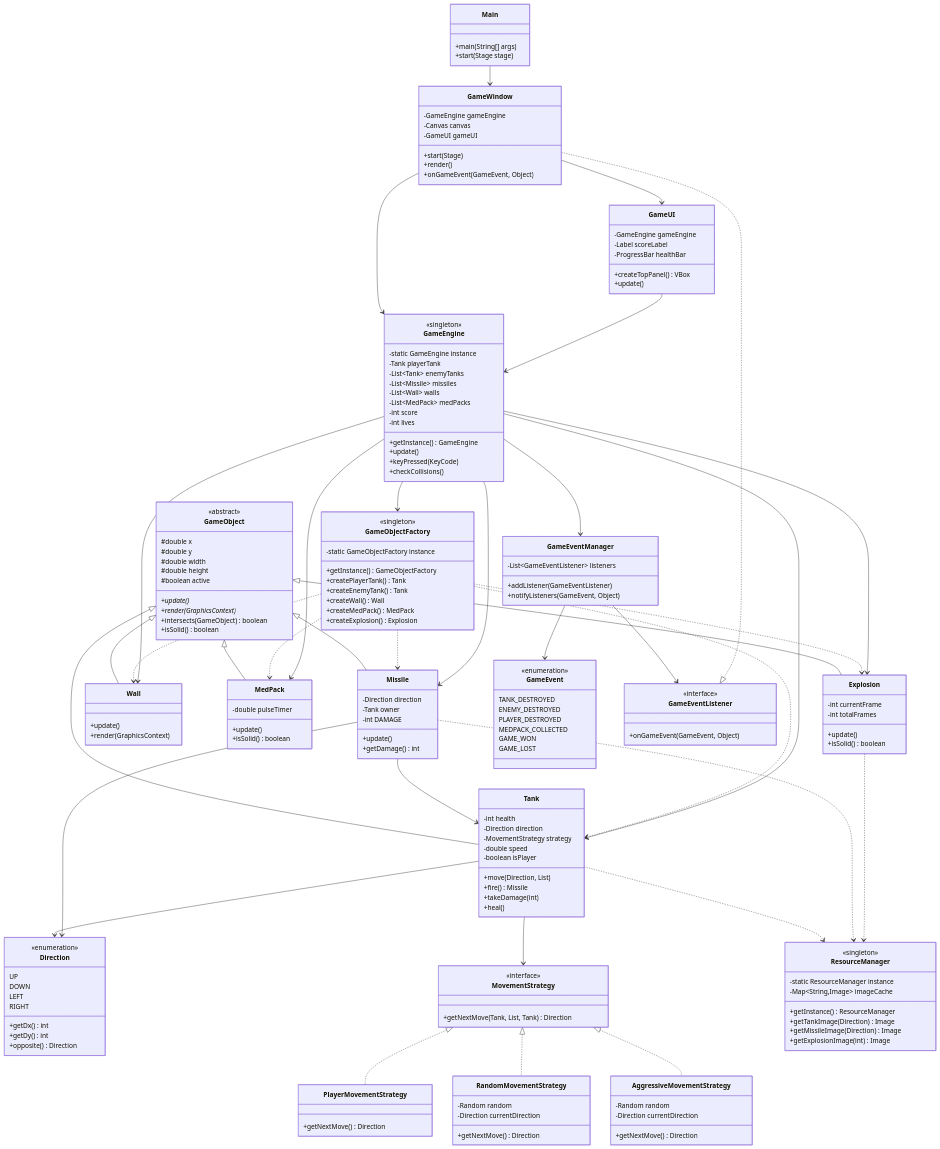
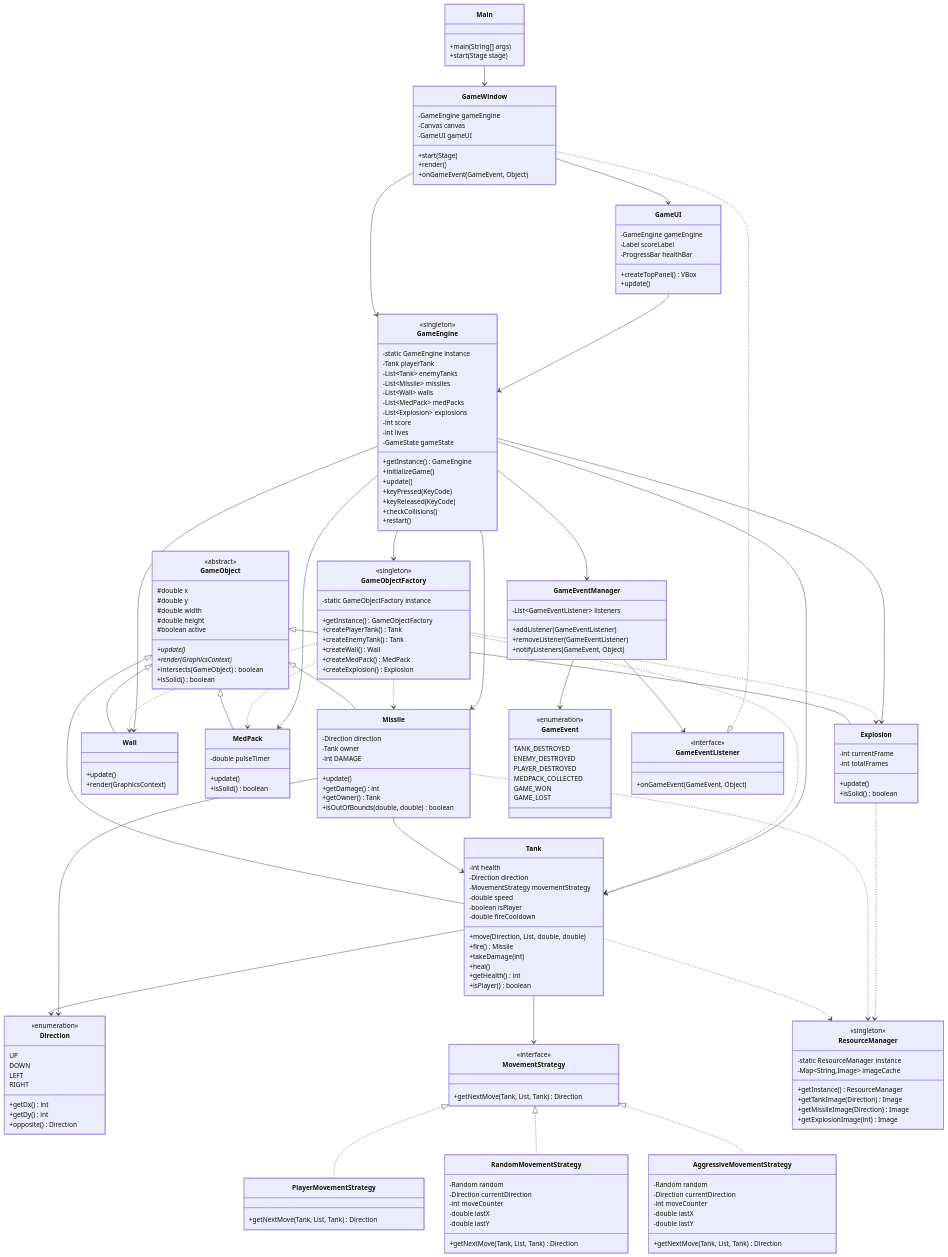
Before and after one commit to Kavish2040/TankGame: the diagram in UML_DESIGN.md, drawn with Mermaid.

```diff
--- a/UML_DESIGN.md
+++ b/UML_DESIGN.md
@@ -28,13 +28,16 @@
     class Tank {
         -int health
         -Direction direction
-        -MovementStrategy strategy
+        -MovementStrategy movementStrategy
         -double speed
         -boolean isPlayer
-        +move(Direction, List)
+        -double fireCooldown
+        +move(Direction, List, double, double)
         +fire() Missile
         +takeDamage(int)
         +heal()
+        +getHealth() int
+        +isPlayer() boolean
     }
     
     class Missile {
@@ -43,6 +46,8 @@
         -int DAMAGE
         +update()
         +getDamage() int
+        +getOwner() Tank
+        +isOutOfBounds(double, double) boolean
     }
     
     class Wall {
@@ -82,19 +87,25 @@
     }
     
     class PlayerMovementStrategy {
-        +getNextMove() Direction
+        +getNextMove(Tank, List, Tank) Direction
     }
     
     class RandomMovementStrategy {
         -Random random
         -Direction currentDirection
-        +getNextMove() Direction
+        -int moveCounter
+        -double lastX
+        -double lastY
+        +getNextMove(Tank, List, Tank) Direction
     }
     
     class AggressiveMovementStrategy {
         -Random random
         -Direction currentDirection
-        +getNextMove() Direction
+        -int moveCounter
+        -double lastX
+        -double lastY
+        +getNextMove(Tank, List, Tank) Direction
     }
     
     %% Factory Pattern (Singleton)
@@ -118,12 +129,17 @@
         -List~Missile~ missiles
         -List~Wall~ walls
         -List~MedPack~ medPacks
+        -List~Explosion~ explosions
         -int score
         -int lives
+        -GameState gameState
         +getInstance() GameEngine
+        +initializeGame()
         +update()
         +keyPressed(KeyCode)
+        +keyReleased(KeyCode)
         +checkCollisions()
+        +restart()
     }
     
     %% Observer Pattern
@@ -145,6 +161,7 @@
     class GameEventManager {
         -List~GameEventListener~ listeners
         +addListener(GameEventListener)
+        +removeListener(GameEventListener)
         +notifyListeners(GameEvent, Object)
     }
     
```
